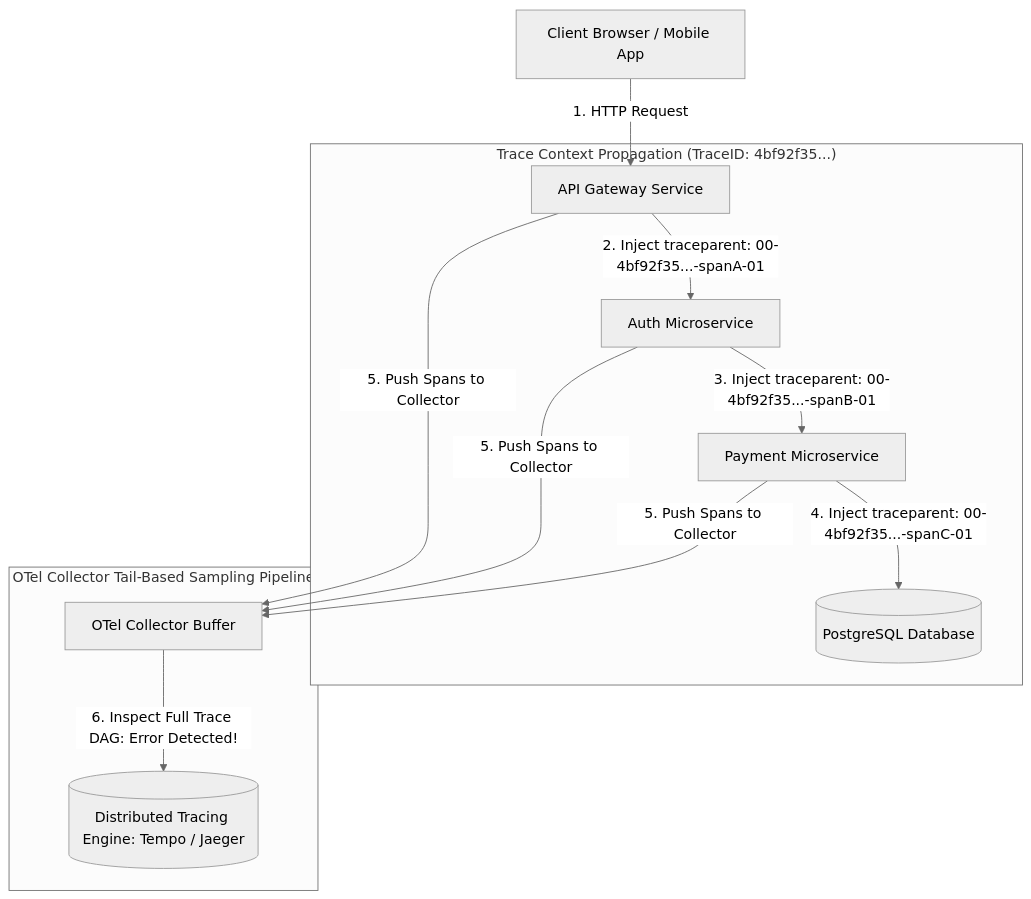
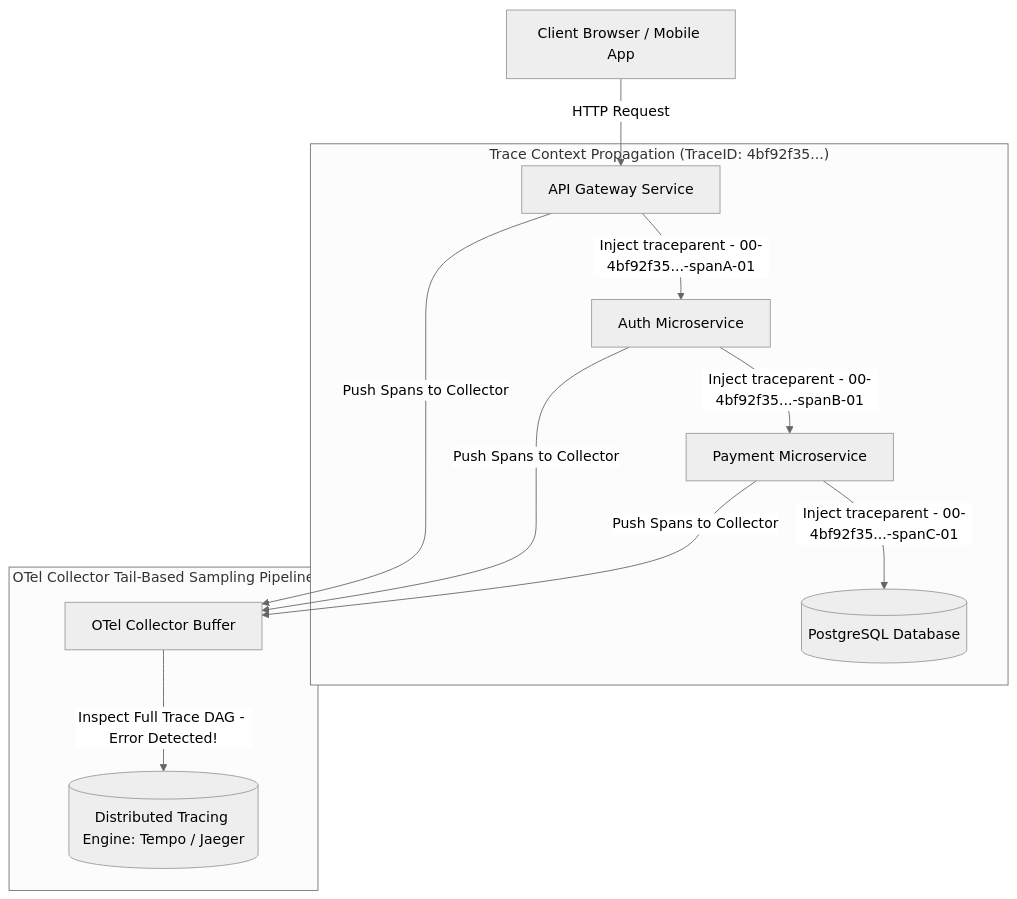
One commit to akmalkhaniub/akmalkhaniub.github.io changed the diagram in blog/posts/distributed-tracing-context-propagation-w3c-trace-context.md. Above: the diagram before and after it, drawn with Mermaid (neutral theme). The commit also changed 411 other files, not shown here.

````diff
--- a/blog/posts/distributed-tracing-context-propagation-w3c-trace-context.md
+++ b/blog/posts/distributed-tracing-context-propagation-w3c-trace-context.md
@@ -19,15 +19,15 @@
 ```mermaid
-graph TD
-  Client[Client Browser / Mobile App] -->|1. HTTP Request| Gateway[API Gateway Service]
+flowchart TD
+  Client[Client Browser / Mobile App] -->|HTTP Request| Gateway[API Gateway Service]
   
   subgraph SG1_TraceContextPropagation ["Trace Context Propagation (TraceID: 4bf92f35...)"]
-    Gateway -->|2. Inject traceparent: 00-4bf92f35...-spanA-01| AuthSvc[Auth Microservice]
-    AuthSvc -->|3. Inject traceparent: 00-4bf92f35...-spanB-01| PaymentSvc[Payment Microservice]
-    PaymentSvc -->|4. Inject traceparent: 00-4bf92f35...-spanC-01| DB[(PostgreSQL Database)]
+    Gateway -->|Inject traceparent - 00-4bf92f35...-spanA-01| AuthSvc[Auth Microservice]
+    AuthSvc -->|Inject traceparent - 00-4bf92f35...-spanB-01| PaymentSvc[Payment Microservice]
+    PaymentSvc -->|Inject traceparent - 00-4bf92f35...-spanC-01| DB[(PostgreSQL Database)]
   end
   
   subgraph SG2_OtelCollectorTail ["OTel Collector Tail-Based Sampling Pipeline"]
-    Gateway & AuthSvc & PaymentSvc -->|5. Push Spans to Collector| OTelCollector[OTel Collector Buffer]
-    OTelCollector -->|6. Inspect Full Trace DAG: Error Detected!| TraceStorage[(Distributed Tracing Engine: Tempo / Jaeger)]
+    Gateway & AuthSvc & PaymentSvc -->|Push Spans to Collector| OTelCollector[OTel Collector Buffer]
+    OTelCollector -->|Inspect Full Trace DAG - Error Detected!| TraceStorage[(Distributed Tracing Engine: Tempo / Jaeger)]
   end
 ```
````
